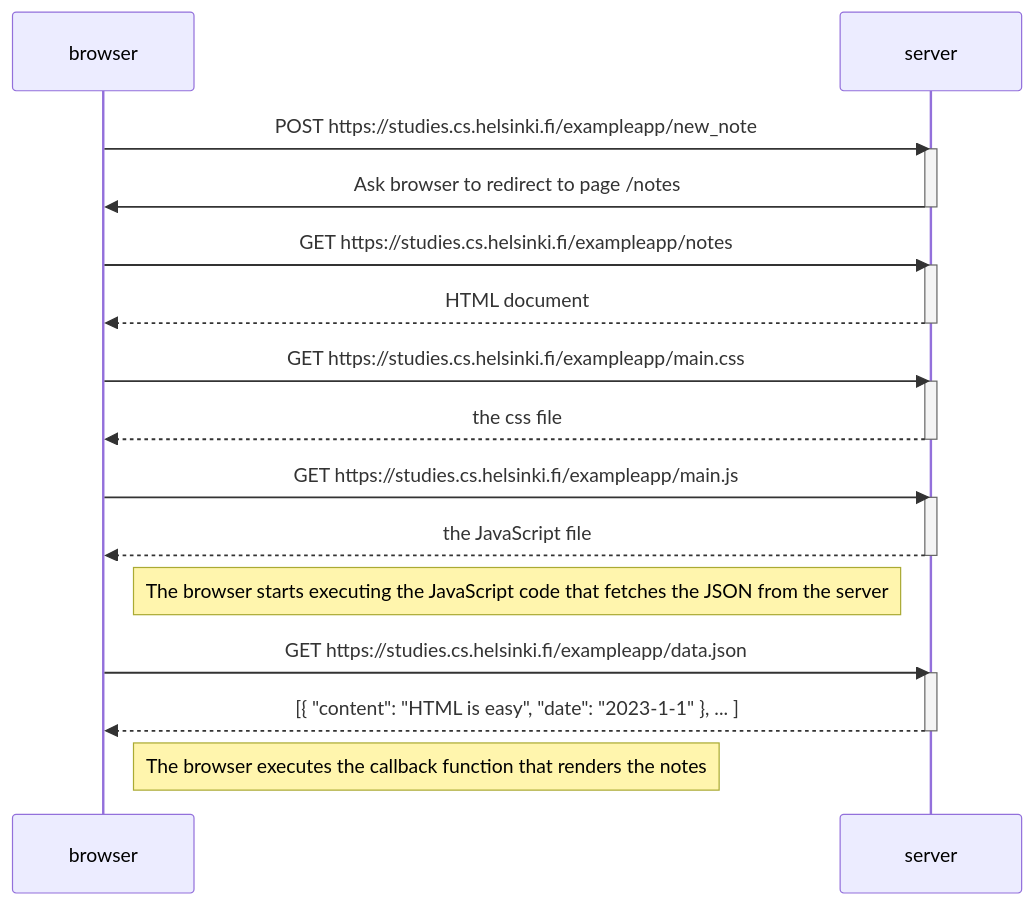
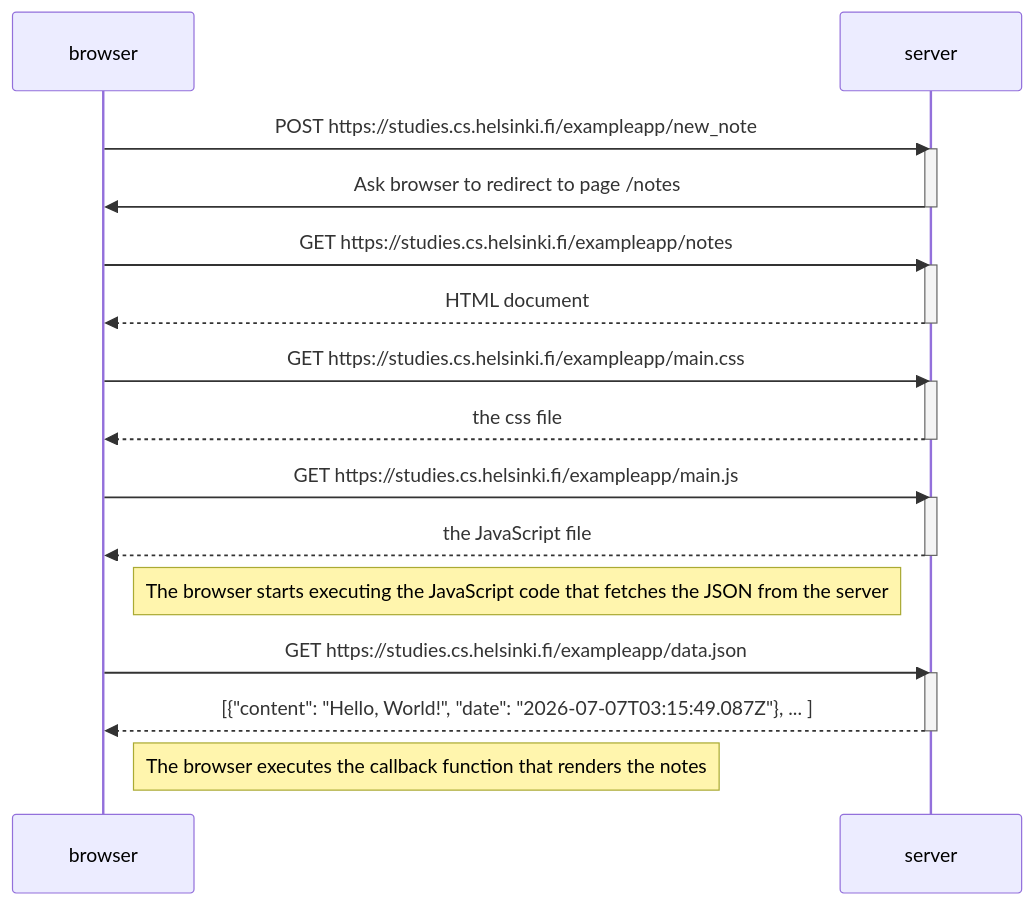
Before and after one commit to maariatiiri/fso_pt0: the diagram in 4.md, drawn with Mermaid.

````diff
--- a/4.md
+++ b/4.md
@@ -1,34 +1,34 @@
 ```mermaid
 sequenceDiagram
     participant browser
     participant server
 
     browser->>server: POST https://studies.cs.helsinki.fi/exampleapp/new_note
     activate server
     server->>browser: Ask browser to redirect to page /notes
     deactivate server
 
     browser->>server: GET https://studies.cs.helsinki.fi/exampleapp/notes
     activate server
     server-->>browser: HTML document
     deactivate server
 
     browser->>server: GET https://studies.cs.helsinki.fi/exampleapp/main.css
     activate server
     server-->>browser: the css file
     deactivate server
 
     browser->>server: GET https://studies.cs.helsinki.fi/exampleapp/main.js
     activate server
     server-->>browser: the JavaScript file
     deactivate server
 
     Note right of browser: The browser starts executing the JavaScript code that fetches the JSON from the server
 
     browser->>server: GET https://studies.cs.helsinki.fi/exampleapp/data.json
     activate server
-    server-->>browser: [{ "content": "HTML is easy", "date": "2023-1-1" }, ... ]
+    server-->>browser: [{"content": "Hello, World!", "date": "2026-07-07T03:15:49.087Z"}, ... ]
     deactivate server
 
     Note right of browser: The browser executes the callback function that renders the notes
 ```
````
